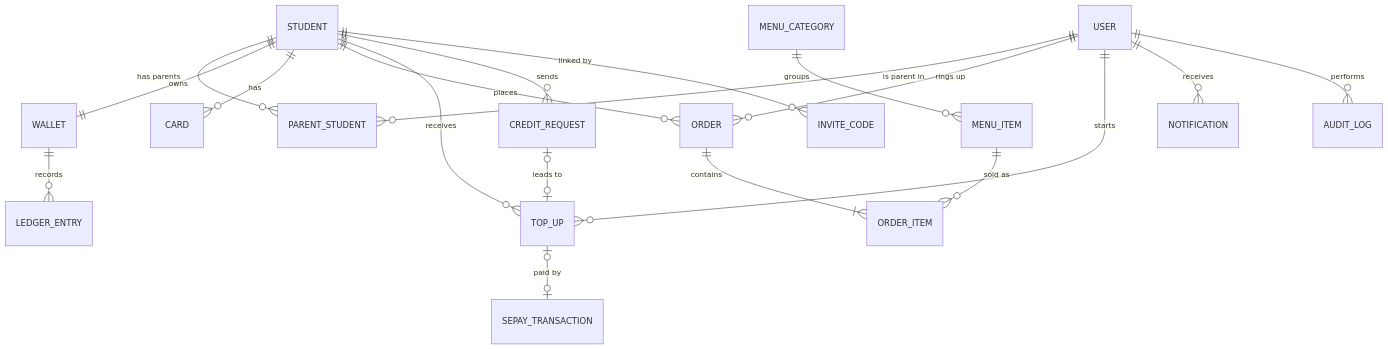
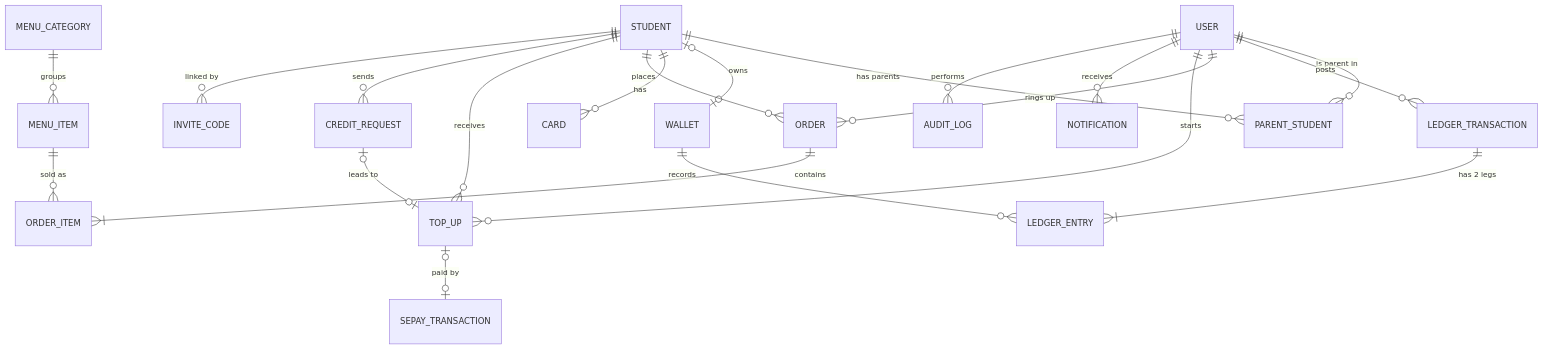
One commit to leedoekahn401/scoin changed the diagram in docs/diagrams/07-er-domain.mmd. Above: the diagram before and after it, drawn with Mermaid. The commit also changed 10 other files, not shown here.

First line of the commit message:
feat(api): double-entry ledger for wallet balances

```diff
--- a/docs/diagrams/07-er-domain.mmd
+++ b/docs/diagrams/07-er-domain.mmd
@@ -1,19 +1,21 @@
 erDiagram
   USER ||--o{ PARENT_STUDENT : "is parent in"
   STUDENT ||--o{ PARENT_STUDENT : "has parents"
-  STUDENT ||--|| WALLET : owns
+  STUDENT |o--o| WALLET : owns
   STUDENT ||--o{ CARD : has
   WALLET ||--o{ LEDGER_ENTRY : records
+  LEDGER_TRANSACTION ||--|{ LEDGER_ENTRY : "has 2 legs"
+  USER ||--o{ LEDGER_TRANSACTION : posts
   STUDENT ||--o{ ORDER : places
   USER ||--o{ ORDER : "rings up"
   ORDER ||--|{ ORDER_ITEM : contains
   MENU_ITEM ||--o{ ORDER_ITEM : "sold as"
   MENU_CATEGORY ||--o{ MENU_ITEM : groups
   STUDENT ||--o{ TOP_UP : receives
   USER ||--o{ TOP_UP : starts
   TOP_UP |o--o| SEPAY_TRANSACTION : "paid by"
   STUDENT ||--o{ CREDIT_REQUEST : sends
   CREDIT_REQUEST |o--o| TOP_UP : "leads to"
   STUDENT ||--o{ INVITE_CODE : "linked by"
   USER ||--o{ NOTIFICATION : receives
   USER ||--o{ AUDIT_LOG : performs
```
